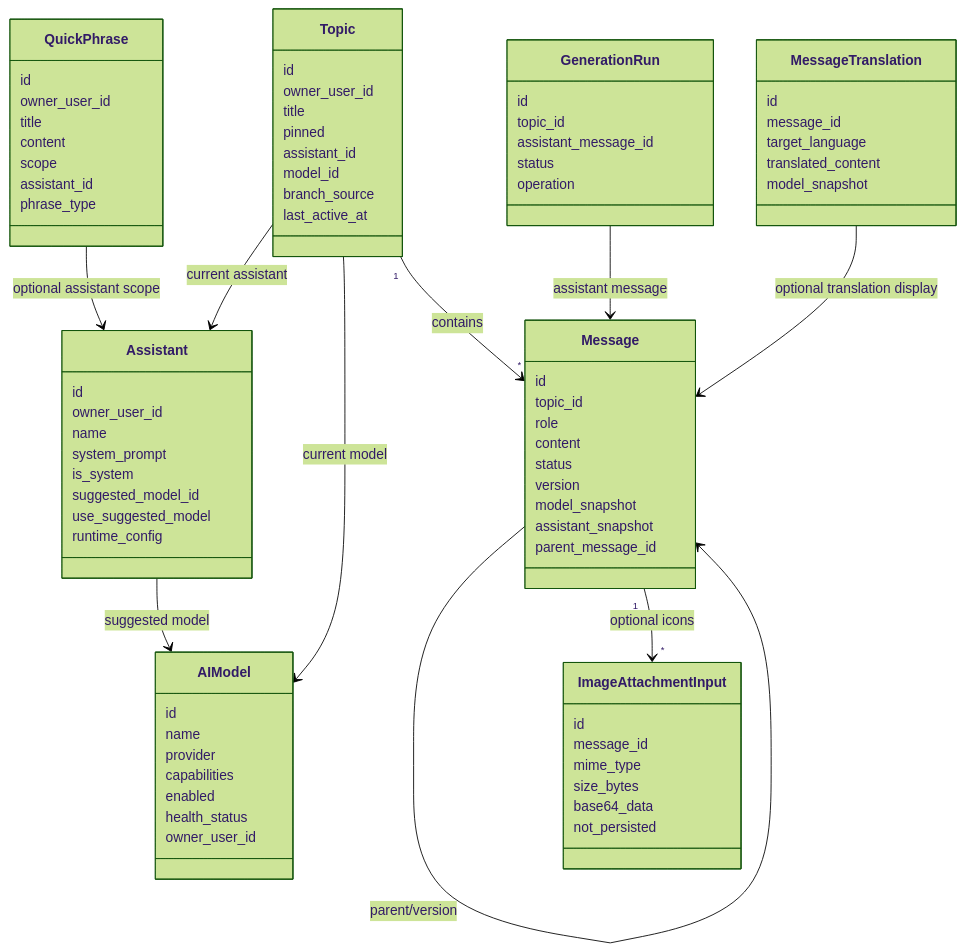
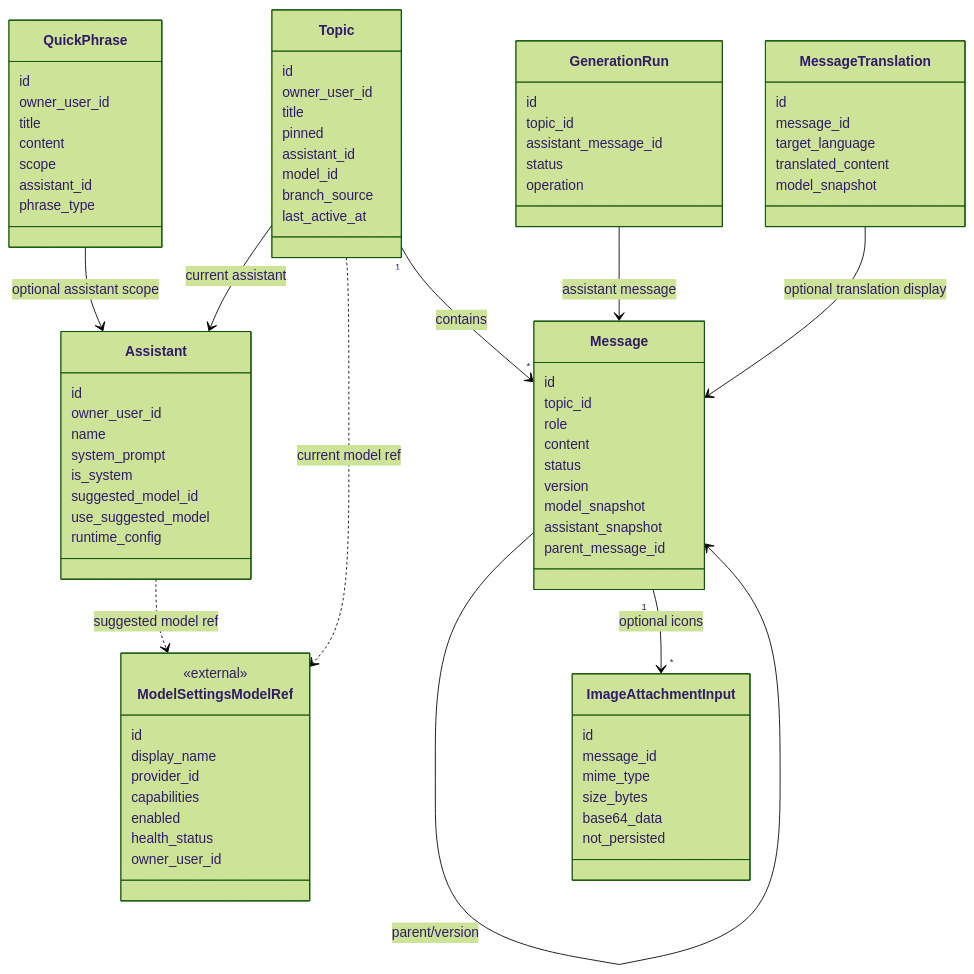
One commit to wangweihong/omnimam-spec changed the first of 11 diagrams in 00_product/domains/ai-chatting/product-spec.md. Above: the diagram before and after it, drawn with Mermaid (forest theme). The commit also changed other lines of this file and 14 other files, not shown here.

````diff
--- a/00_product/domains/ai-chatting/product-spec.md
+++ b/00_product/domains/ai-chatting/product-spec.md
@@ -21,9 +21,10 @@
 ```mermaid
 classDiagram
-  class AIModel {
+  class ModelSettingsModelRef {
+    <<external>>
     id
-    name
-    provider
+    display_name
+    provider_id
     capabilities
     enabled
     health_status
@@ -99,9 +100,9 @@
     model_snapshot
   }
 
-  Assistant --> AIModel : suggested model
+  Assistant ..> ModelSettingsModelRef : suggested model ref
   Topic --> Assistant : current assistant
-  Topic --> AIModel : current model
+  Topic ..> ModelSettingsModelRef : current model ref
   Topic "1" --> "*" Message : contains
   Message --> Message : parent/version
   Message "1" --> "*" ImageAttachmentInput : optional icons
````
